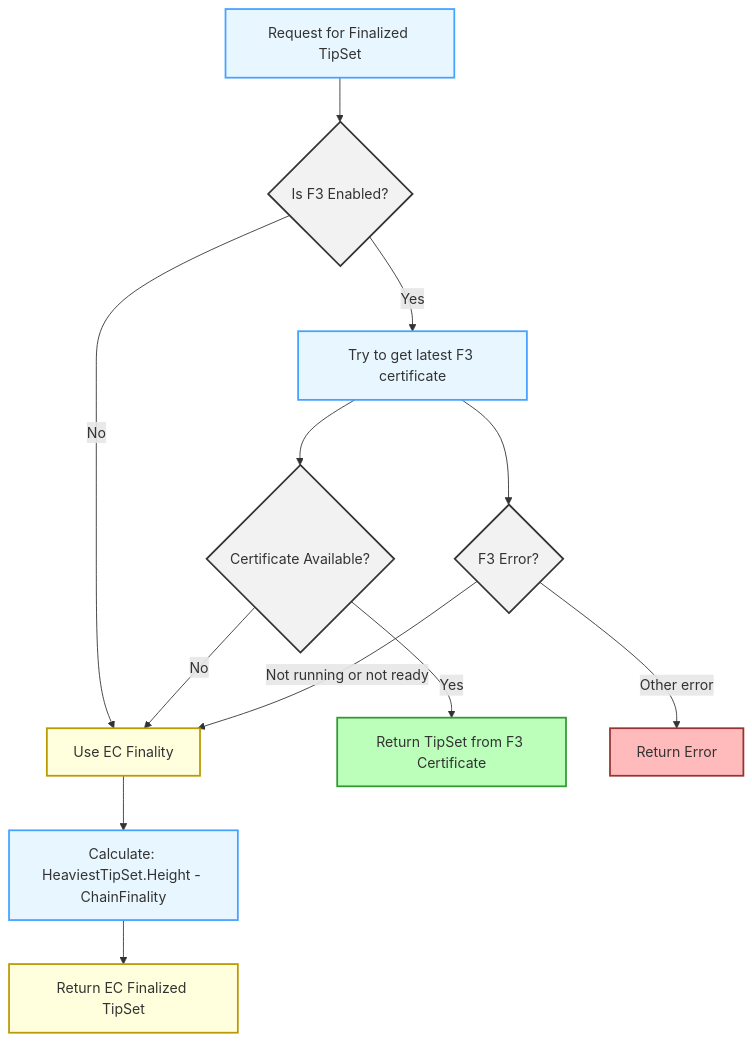
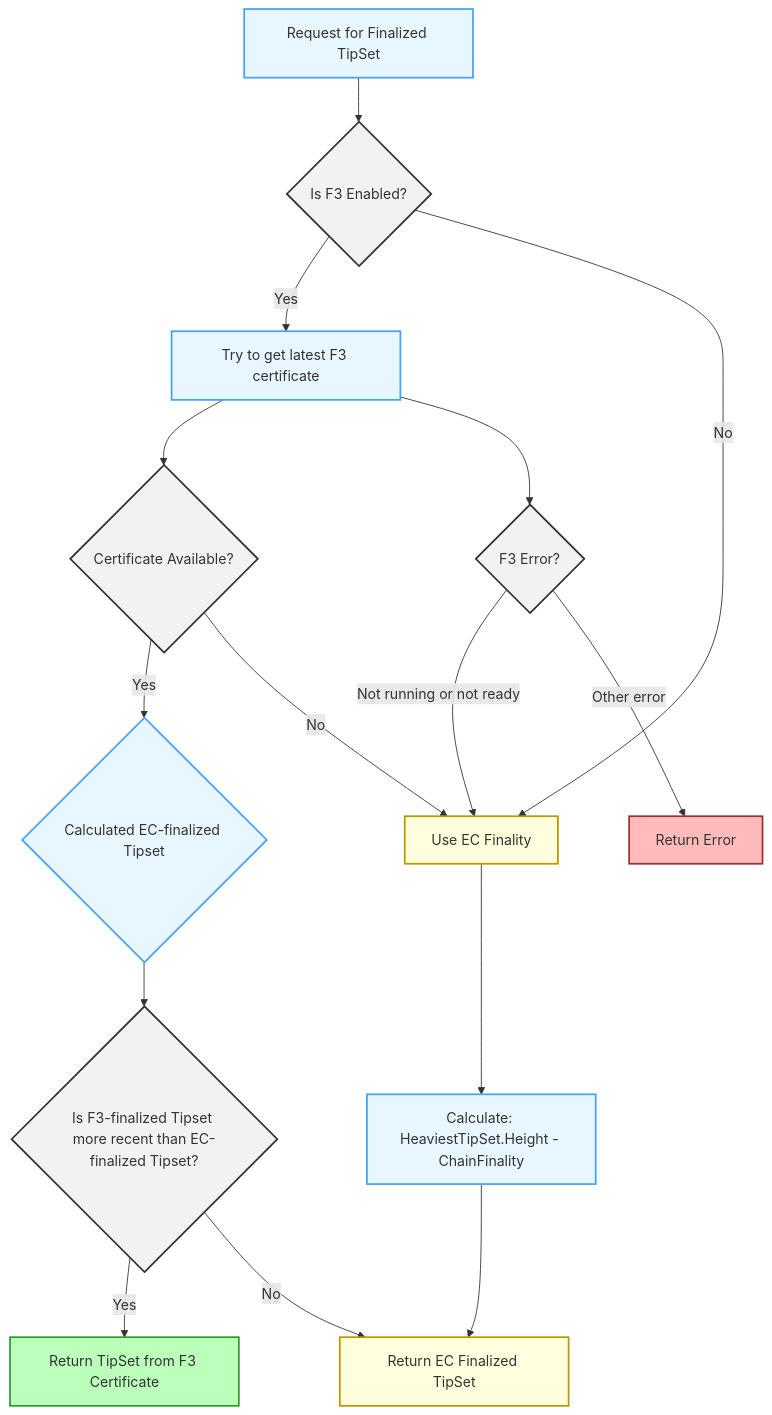
The diagram in documentation/en/api-experimental-user-facing-v2-docs/api-v2-experimental.md (filecoin-project/lotus), drawn with Mermaid before and after one commit. The commit also changed other lines of this file and 1 other file, not shown here.

````diff
--- a/documentation/en/api-experimental-user-facing-v2-docs/api-v2-experimental.md
+++ b/documentation/en/api-experimental-user-facing-v2-docs/api-v2-experimental.md
@@ -496,29 +498,33 @@
 ```mermaid
 flowchart TD
     A[Request for Finalized TipSet] --> B{Is F3 Enabled?}
     B -->|Yes| C[Try to get latest F3 certificate]
     B -->|No| H[Use EC Finality]
 
     C --> D{Certificate Available?}
-    D -->|Yes| E[Return TipSet from F3 Certificate]
+    D -->|Yes| K{Calculated EC-finalized Tipset}
+    K --> L{Is F3-finalized Tipset more recent than EC-finalized Tipset?}
+    L -->|Yes|E[Return TipSet from F3 Certificate]
+    L -->|No|J
+
     D -->|No| H
+
+    H --> I[Calculate: HeaviestTipSet.Height - ChainFinality]
+    I --> J[Return EC Finalized TipSet]
 
     C --> F{F3 Error?}
     F -->|Not running or not ready| H
     F -->|Other error| G[Return Error]
-
-    H --> I[Calculate: HeaviestTipSet.Height - ChainFinality]
-    I --> J[Return EC Finalized TipSet]
 
     classDef success fill:#bfb,stroke:#393,stroke-width:2px;
     classDef fallback fill:#ffd,stroke:#b90,stroke-width:2px;
     classDef error fill:#fbb,stroke:#933,stroke-width:2px;
     classDef process fill:#e8f7ff,stroke:#45a2ff,stroke-width:2px;
     classDef decision fill:#f2f2f2,stroke:#333,stroke-width:2px;
 
     class E success;
     class H,J fallback;
     class G error;
-    class A,C,I process;
-    class B,D,F decision;
+    class A,C,I,K process;
+    class B,D,F,L decision;
 ```
````
